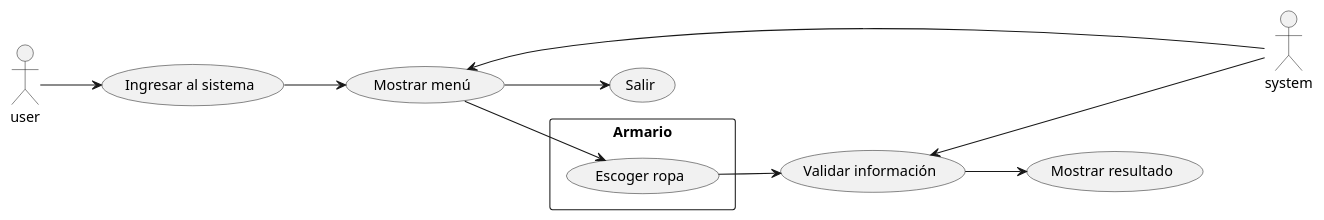
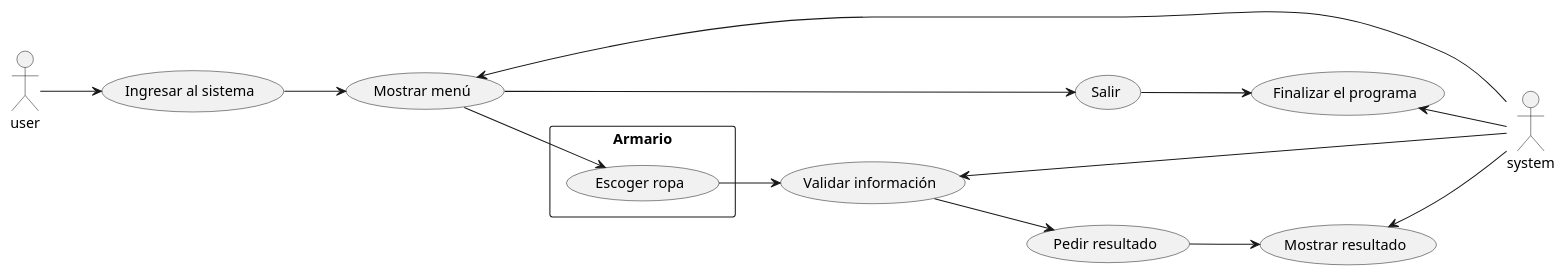
Before and after one commit to lauraax/programaDiagnostico: the diagram in diagramaCasosDeUso.plantuml, drawn with PlantUML. The commit also changed 1 other file, not shown here.

```diff
--- a/diagramaCasosDeUso.plantuml
+++ b/diagramaCasosDeUso.plantuml
@@ -1,33 +1,46 @@
 @startuml
 
 left to right direction
+
 actor user as us
 actor system as sys
 
-
-    usecase "Ingresar al sistema" as UC1
 
 rectangle Armario{
     usecase "Escoger ropa" as UC2
 }
 
+    usecase "Ingresar al sistema" as UC1
     usecase "Validar información" as UC4
     usecase "Mostrar resultado" as UC5
     usecase "Salir" as UC6
     usecase "Mostrar menú" as UC7
+    usecase "Pedir resultado" as UC8
+    usecase "Finalizar el programa" as UC9
+    
 
 us --> UC1
 
 UC1 --> UC7
 UC7 <-- sys
 
 UC7 --> UC2
 UC7 --> UC6
 
+UC6--> UC9
+UC9 <-- sys
+
 UC2 --> UC4
-UC4 <--- sys
 
-UC4 --> UC5
+
+UC4 <-- sys
+UC4 --> UC8
+
+UC8 --> UC5
+
+UC5 <-- sys
+
+
 
 
 @enduml
```
